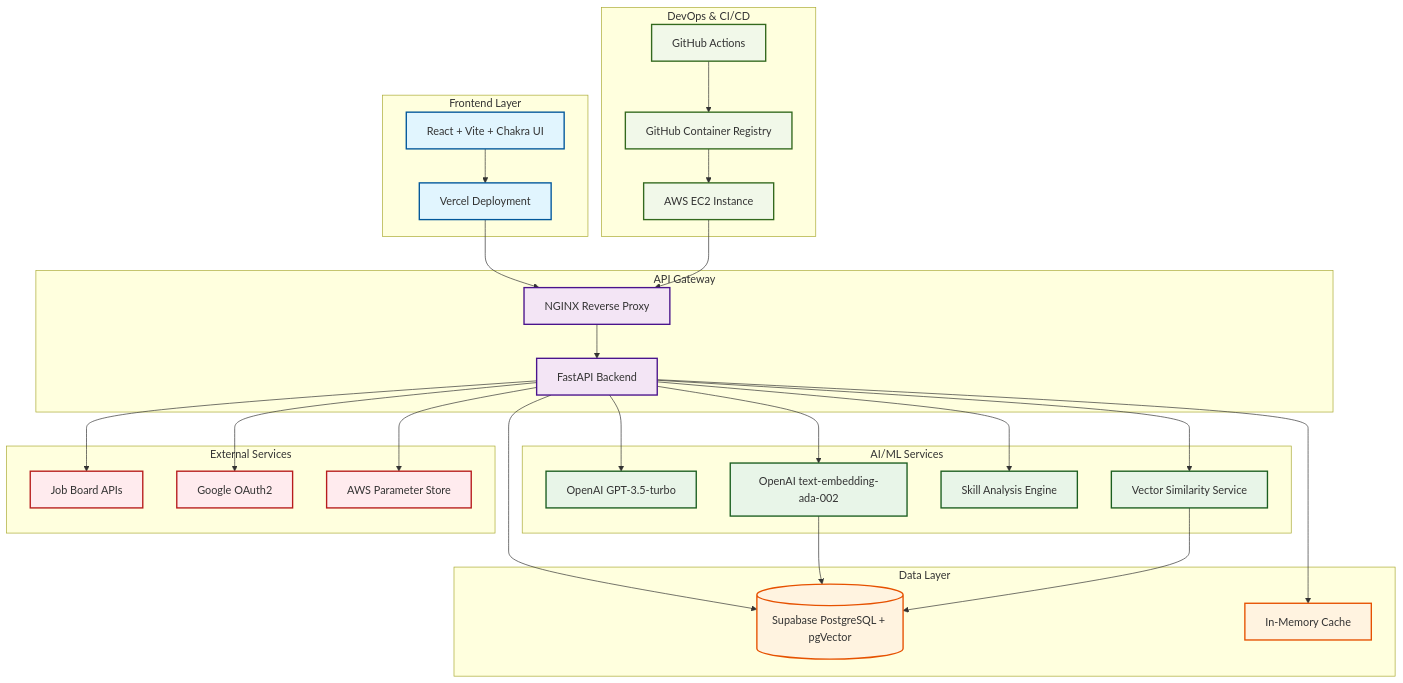
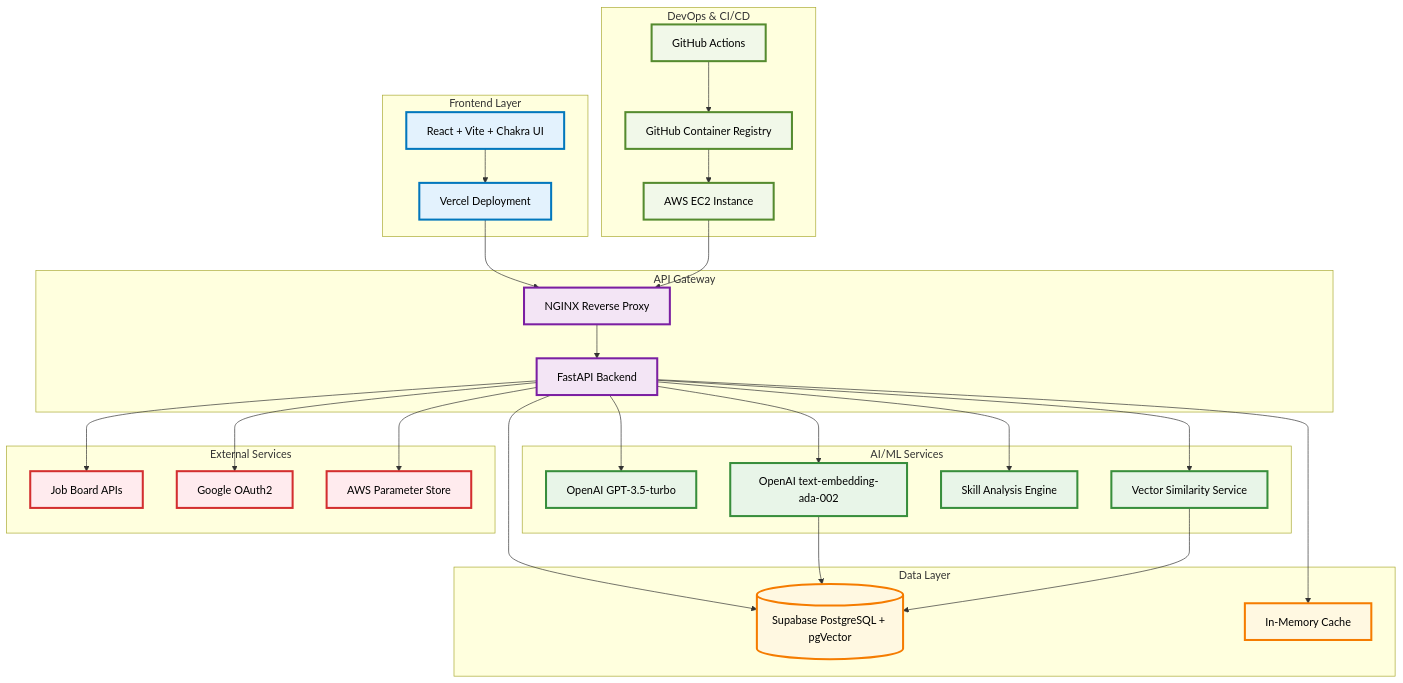
Before and after one commit to s1120258/job-tracker-backend: the first of 3 diagrams in docs/TECHNICAL_ARCHITECTURE.md, drawn with Mermaid.

Commit message:
docs: enhance Mermaid diagram readability with larger text and higher contrast

````diff
--- a/docs/TECHNICAL_ARCHITECTURE.md
+++ b/docs/TECHNICAL_ARCHITECTURE.md
@@ -17,80 +17,80 @@
 ```mermaid
 graph TB
     subgraph "Frontend Layer"
         UI[React + Vite + Chakra UI]
         VERCEL[Vercel Deployment]
     end
 
     subgraph "API Gateway"
         NGINX[NGINX Reverse Proxy]
         API[FastAPI Backend]
     end
 
     subgraph "AI/ML Services"
         LLM[OpenAI GPT-3.5-turbo]
         EMB[OpenAI text-embedding-ada-002]
         SKILL[Skill Analysis Engine]
         SIM[Vector Similarity Service]
     end
 
     subgraph "Data Layer"
         SUPABASE[(Supabase PostgreSQL + pgVector)]
         CACHE[In-Memory Cache]
     end
 
     subgraph "External Services"
         JOBS[Job Board APIs]
         AUTH[Google OAuth2]
         AWS[AWS Parameter Store]
     end
 
     subgraph "DevOps & CI/CD"
         GITHUB[GitHub Actions]
         GHCR[GitHub Container Registry]
         EC2[AWS EC2 Instance]
     end
 
     %% Frontend flow
     UI --> VERCEL
     VERCEL --> NGINX
 
     %% API Gateway flow
     NGINX --> API
 
     %% Backend service connections
     API --> LLM
     API --> EMB
     API --> SKILL
     API --> SIM
 
     %% Data connections
     API --> SUPABASE
     API --> CACHE
     EMB --> SUPABASE
     SIM --> SUPABASE
 
     %% External service connections
     API --> JOBS
     API --> AUTH
     API --> AWS
 
     %% DevOps flow
     GITHUB --> GHCR
     GHCR --> EC2
     EC2 --> NGINX
 
-    %% Styling
-    classDef frontend fill:#e1f5fe,stroke:#01579b,stroke-width:2px
-    classDef api fill:#f3e5f5,stroke:#4a148c,stroke-width:2px
-    classDef ai fill:#e8f5e8,stroke:#1b5e20,stroke-width:2px
-    classDef data fill:#fff3e0,stroke:#e65100,stroke-width:2px
-    classDef external fill:#ffebee,stroke:#b71c1c,stroke-width:2px
-    classDef devops fill:#f1f8e9,stroke:#33691e,stroke-width:2px
+    %% Styling with better contrast and larger text
+    classDef frontend fill:#e3f2fd,stroke:#0277bd,stroke-width:3px,color:#000000
+    classDef api fill:#f3e5f5,stroke:#7b1fa2,stroke-width:3px,color:#000000
+    classDef ai fill:#e8f5e8,stroke:#388e3c,stroke-width:3px,color:#000000
+    classDef data fill:#fff8e1,stroke:#f57c00,stroke-width:3px,color:#000000
+    classDef external fill:#ffebee,stroke:#d32f2f,stroke-width:3px,color:#000000
+    classDef devops fill:#f1f8e9,stroke:#558b2f,stroke-width:3px,color:#000000
 
     class UI,VERCEL frontend
     class NGINX,API api
     class LLM,EMB,SKILL,SIM ai
     class SUPABASE,CACHE data
     class JOBS,AUTH,AWS external
     class GITHUB,GHCR,EC2 devops
 ```
````
